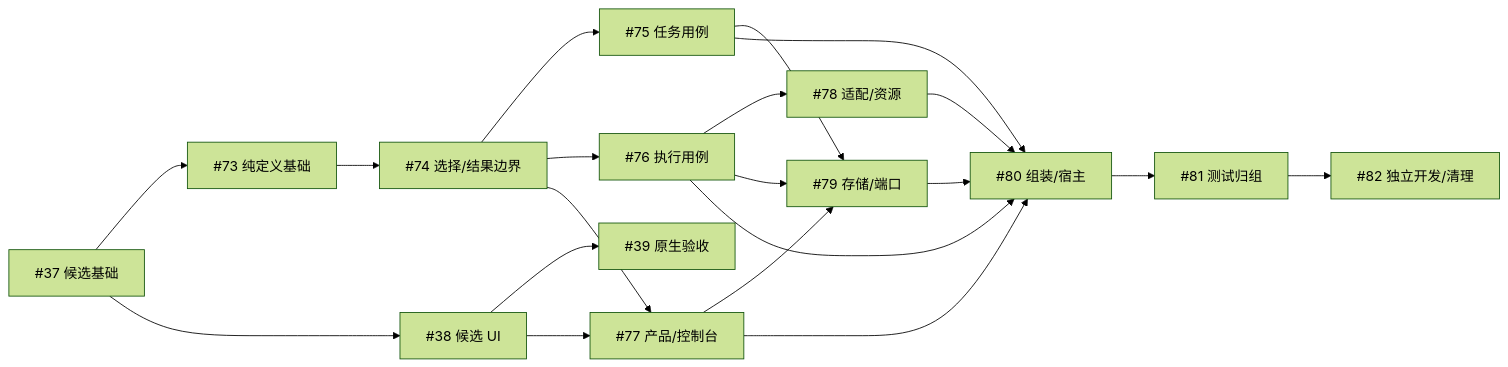
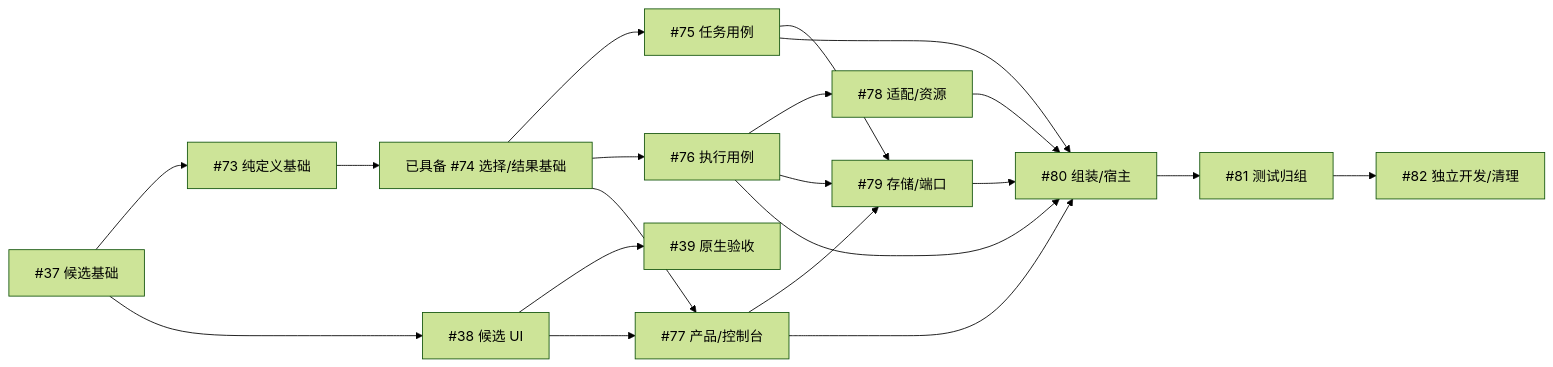
The second of 2 diagrams in docs/roadmap/execution-map.md (erranliu/SteerLine), drawn with Mermaid (forest theme) before and after one commit. The commit also changed other lines of this file and 16 other files, not shown here.

````diff
--- a/docs/roadmap/execution-map.md
+++ b/docs/roadmap/execution-map.md
@@ -76,22 +75,22 @@
 ```mermaid
 flowchart LR
     C37["#37 候选基础"] --> M01["#73 纯定义基础"]
     C37 --> U38["#38 候选 UI"]
     U38 --> A39["#39 原生验收"]
-    M01 --> M02["#74 选择/结果边界"]
+    M01 --> M02["已具备 #74 选择/结果基础"]
     M02 --> M03["#75 任务用例"]
     M02 --> M04["#76 执行用例"]
     M02 --> M05["#77 产品/控制台"]
     U38 --> M05
     M04 --> M06["#78 适配/资源"]
     M03 --> M07["#79 存储/端口"]
     M04 --> M07
     M05 --> M07
     M03 --> M08["#80 组装/宿主"]
     M04 --> M08
     M05 --> M08
     M06 --> M08
     M07 --> M08
     M08 --> M09["#81 测试归组"]
     M09 --> M10["#82 独立开发/清理"]
 ```
````
